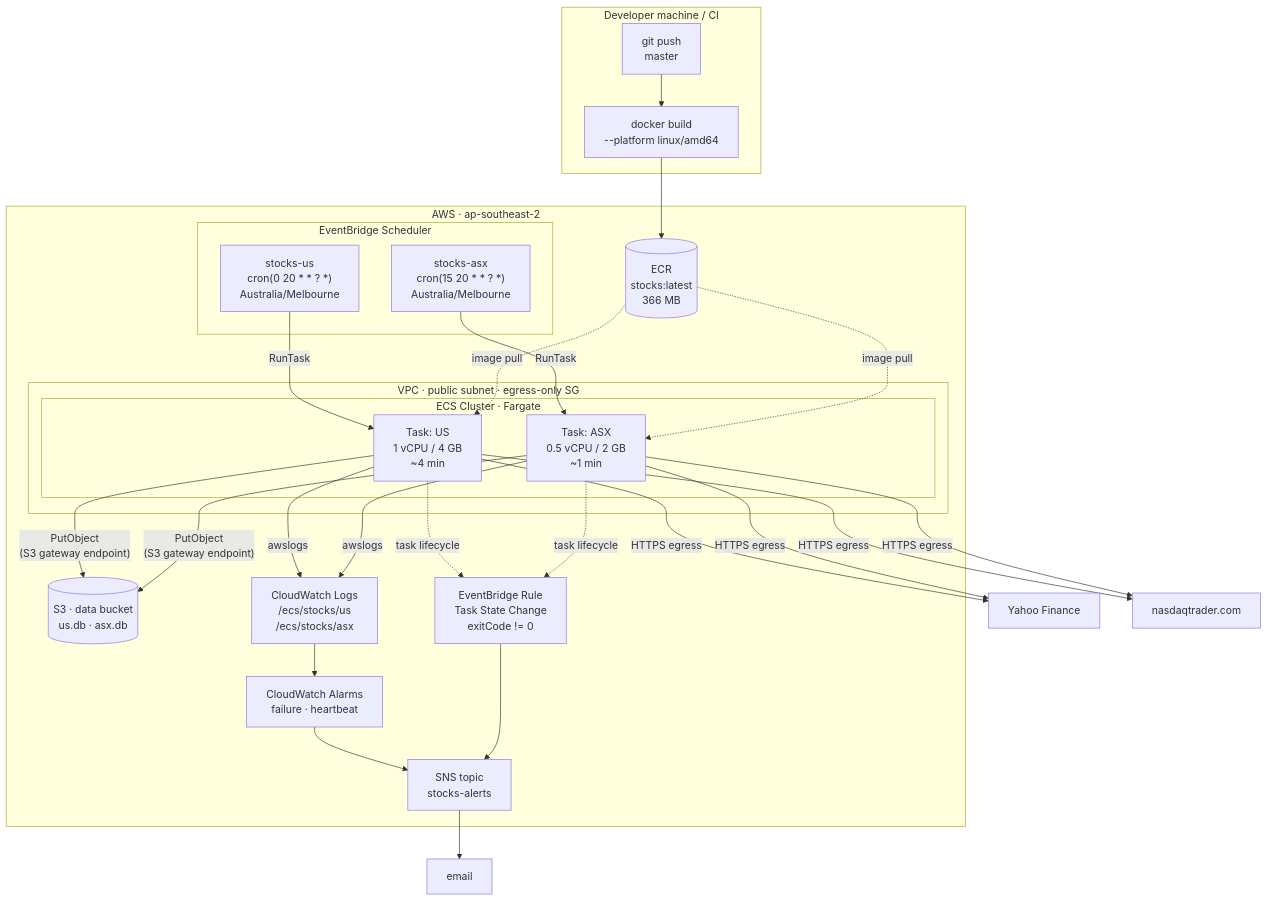
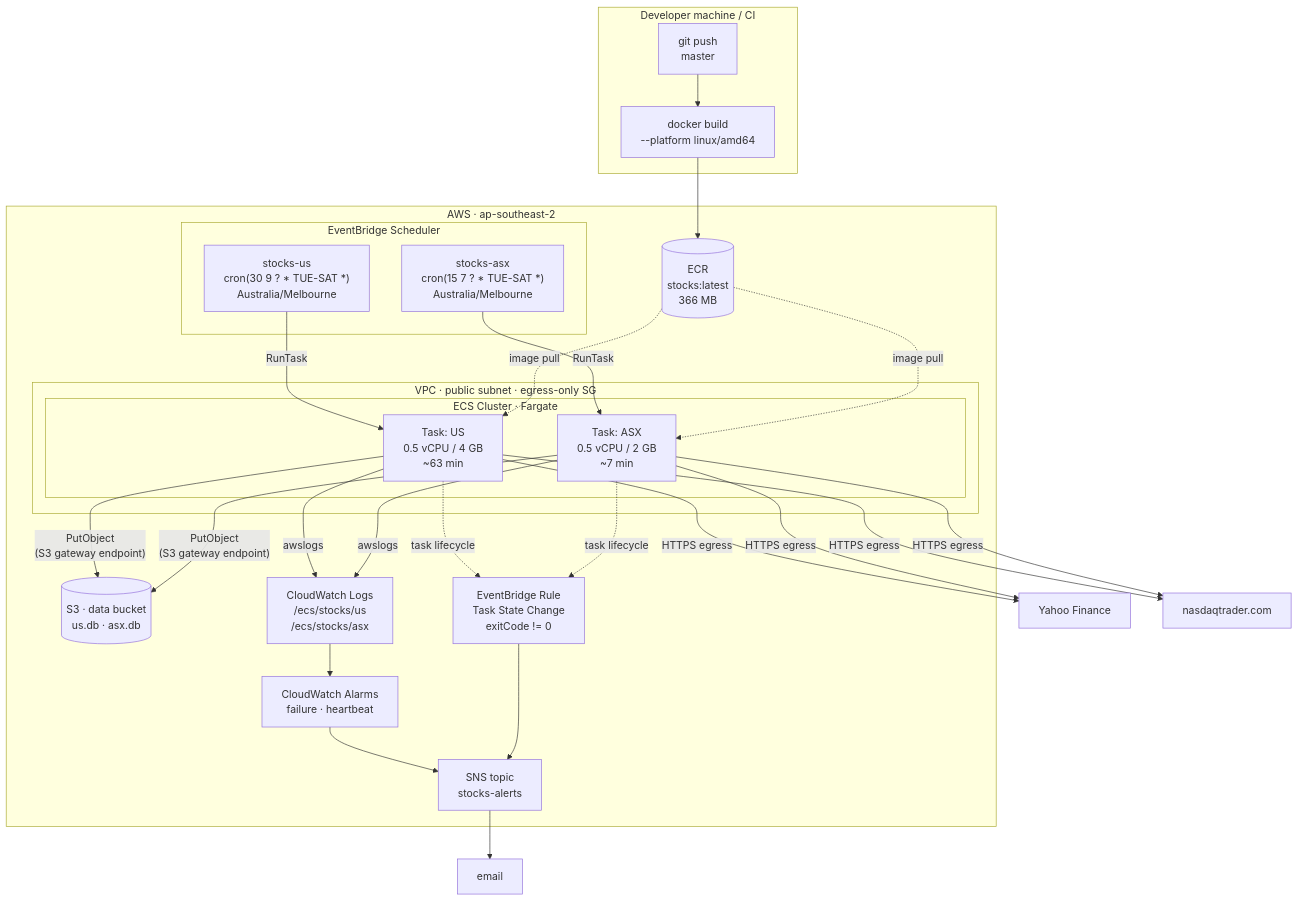
Before and after one commit to ryandam9/Stocks: the first of 5 diagrams in docs/AWS_DEPLOYMENT_SPEC.md, drawn with Mermaid. The commit also changed other lines of this file and 1 other file, not shown here.

First line of the commit message:
Run Tue-Sat: ASX at 07:15, US at 09:30 Melbourne

````diff
--- a/docs/AWS_DEPLOYMENT_SPEC.md
+++ b/docs/AWS_DEPLOYMENT_SPEC.md
@@ -204,44 +204,44 @@
 ```mermaid
 flowchart TB
     subgraph Dev["Developer machine / CI"]
         SRC["git push<br/>master"]
         BUILD["docker build<br/>--platform linux/amd64"]
     end
 
     subgraph AWS["AWS · ap-southeast-2"]
         ECR[("ECR<br/>stocks:latest<br/>366 MB")]
 
         subgraph Sched["EventBridge Scheduler"]
-            SCH1["stocks-us<br/>cron(0 20 * * ? *)<br/>Australia/Melbourne"]
-            SCH2["stocks-asx<br/>cron(15 20 * * ? *)<br/>Australia/Melbourne"]
+            SCH1["stocks-us<br/>cron(30 9 ? * TUE-SAT *)<br/>Australia/Melbourne"]
+            SCH2["stocks-asx<br/>cron(15 7 ? * TUE-SAT *)<br/>Australia/Melbourne"]
         end
 
         subgraph VPC["VPC · public subnet · egress-only SG"]
             subgraph ECS["ECS Cluster · Fargate"]
-                T1["Task: US<br/>1 vCPU / 4 GB<br/>~4 min"]
-                T2["Task: ASX<br/>0.5 vCPU / 2 GB<br/>~1 min"]
+                T1["Task: US<br/>0.5 vCPU / 4 GB<br/>~63 min"]
+                T2["Task: ASX<br/>0.5 vCPU / 2 GB<br/>~7 min"]
             end
         end
 
         S3[("S3 · data bucket<br/>us.db · asx.db")]
         CWL["CloudWatch Logs<br/>/ecs/stocks/us<br/>/ecs/stocks/asx"]
         ALARM["CloudWatch Alarms<br/>failure · heartbeat"]
         EVR["EventBridge Rule<br/>Task State Change<br/>exitCode != 0"]
         SNS["SNS topic<br/>stocks-alerts"]
     end
 
     YF["Yahoo Finance"]
     ND["nasdaqtrader.com"]
     MAIL["email"]
 
     SRC --> BUILD --> ECR
     SCH1 -->|RunTask| T1
     SCH2 -->|RunTask| T2
     ECR -.image pull.-> T1 & T2
     T1 & T2 -->|HTTPS egress| YF & ND
     T1 & T2 -->|"PutObject<br/>(S3 gateway endpoint)"| S3
     T1 & T2 -->|awslogs| CWL
     CWL --> ALARM
     T1 & T2 -.task lifecycle.-> EVR
     ALARM & EVR --> SNS --> MAIL
 ```
````
